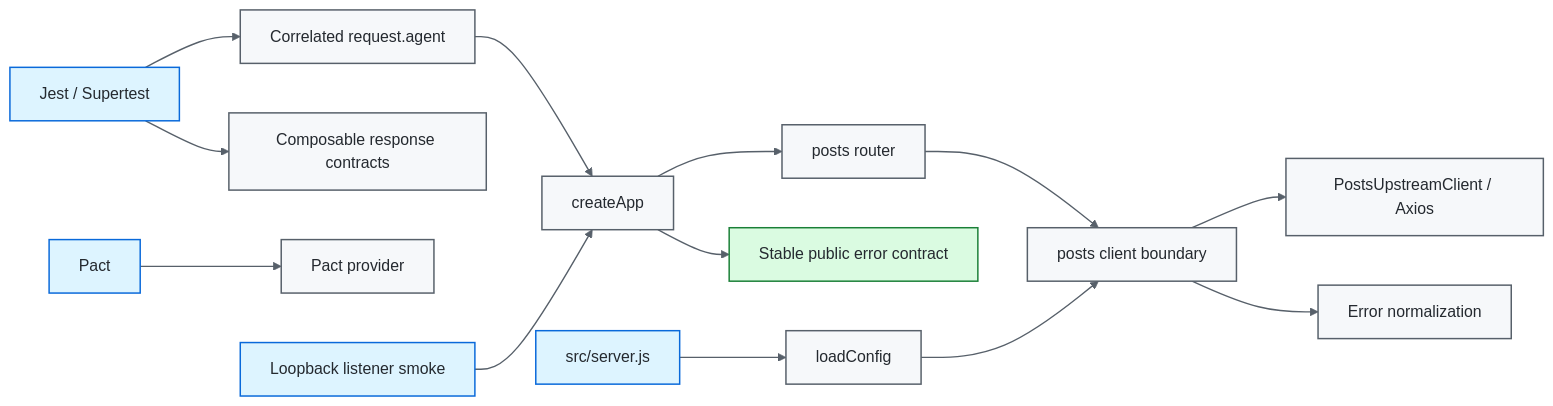
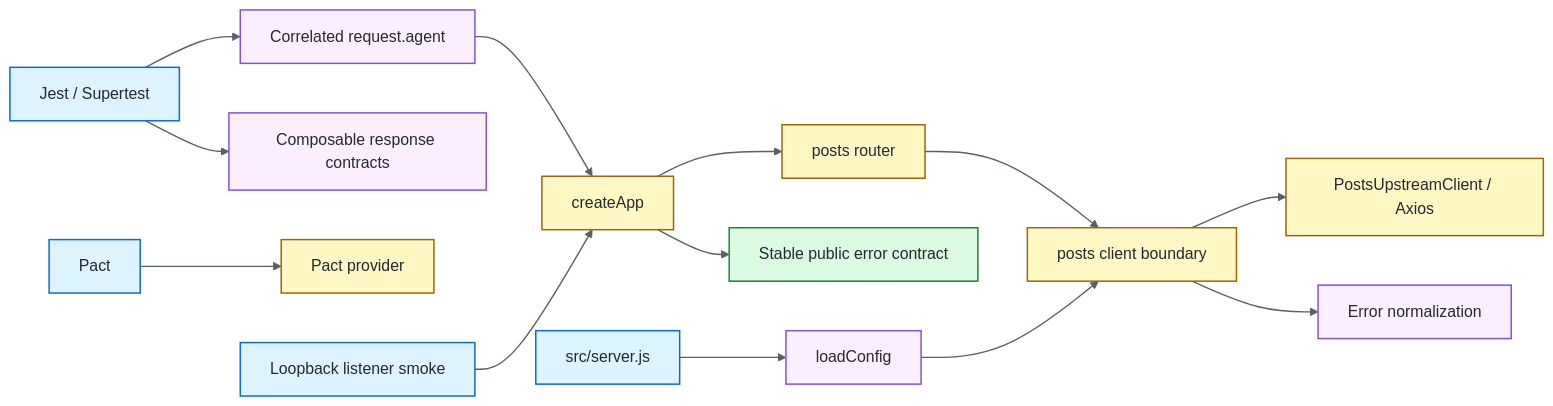
The diagram in README.md (portyu9/qa-automation-node-supertest), drawn with Mermaid before and after one commit.

Commit message:
docs: polish README architecture diagram
Improve the root Mermaid diagram's semantic color hierarchy without changing framework behavior or documentation claims.

````diff
--- a/README.md
+++ b/README.md
@@ -41,23 +41,25 @@
 ```mermaid
 flowchart LR
     TEST[Jest / Supertest] --> AGENT[Correlated request.agent]
     AGENT --> APP[createApp]
     APP --> ROUTE[posts router]
     ROUTE --> PORT[posts client boundary]
     PORT --> AXIOS[PostsUpstreamClient / Axios]
     PORT --> ERR[Error normalization]
     TEST --> EXPECT[Composable response contracts]
     PACT[Pact] --> MOCK[Pact provider]
     LISTENER[Loopback listener smoke] --> APP
     SERVER[src/server.js] --> CFG[loadConfig]
     CFG --> PORT
     APP --> ENVELOPE[Stable public error contract]
 
     classDef entry fill:#ddf4ff,stroke:#0969da,color:#24292f,stroke-width:1.5px;
-    classDef core fill:#f6f8fa,stroke:#57606a,color:#24292f,stroke-width:1.5px;
+    classDef policy fill:#fbefff,stroke:#8250df,color:#24292f,stroke-width:1.5px;
+    classDef runtime fill:#fff8c5,stroke:#9a6700,color:#24292f,stroke-width:1.5px;
     classDef evidence fill:#dafbe1,stroke:#1a7f37,color:#24292f,stroke-width:1.5px;
     class TEST,PACT,LISTENER,SERVER entry;
-    class AGENT,APP,ROUTE,PORT,AXIOS,ERR,EXPECT,MOCK,CFG core;
+    class AGENT,EXPECT,CFG,ERR policy;
+    class APP,ROUTE,PORT,AXIOS,MOCK runtime;
     class ENVELOPE evidence;
     linkStyle default stroke:#57606a,stroke-width:1.4px;
 ```
````
